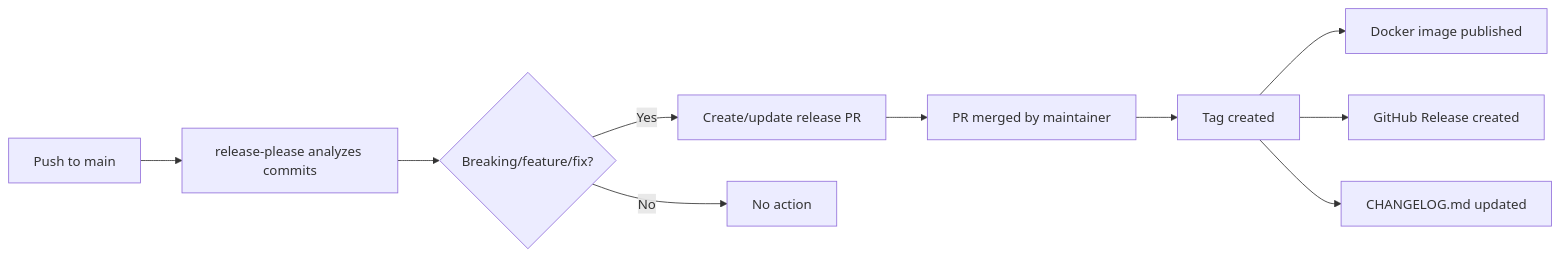
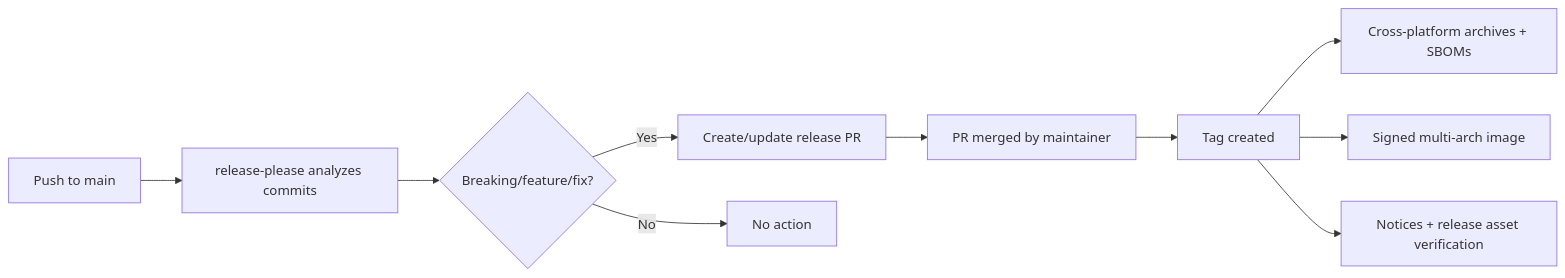
Before and after one commit to rknightion/opnsense-exporter: the diagram in docs/development/release-process.md, drawn with Mermaid. The commit also changed other lines of this file and 5 other files, not shown here.

First line of the commit message:
fix(release): restore third-party notices pipeline

````diff
--- a/docs/development/release-process.md
+++ b/docs/development/release-process.md
@@ -14,12 +14,12 @@
 ```mermaid
 graph LR
     A[Push to main] --> B[release-please analyzes commits]
     B --> C{Breaking/feature/fix?}
     C -->|Yes| D[Create/update release PR]
     C -->|No| E[No action]
     D --> F[PR merged by maintainer]
     F --> G[Tag created]
-    G --> H[Docker image published]
-    G --> I[GitHub Release created]
-    G --> J[CHANGELOG.md updated]
+    G --> H[Cross-platform archives + SBOMs]
+    G --> I[Signed multi-arch image]
+    G --> J[Notices + release asset verification]
 ```
````
